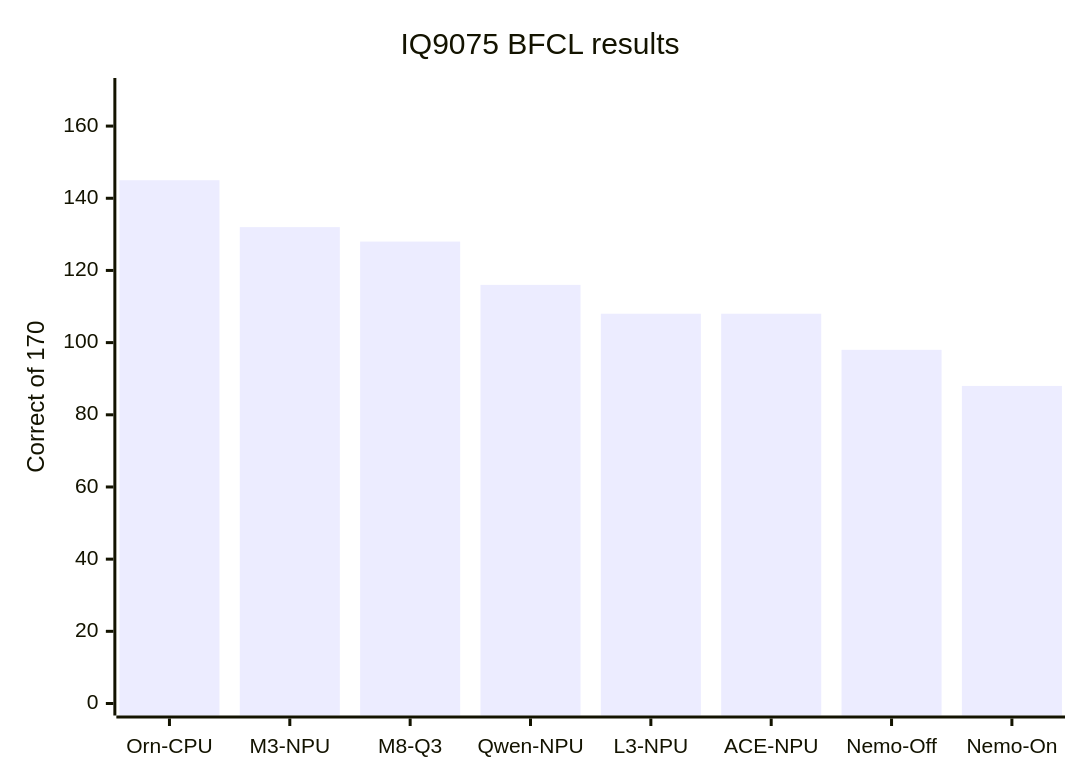
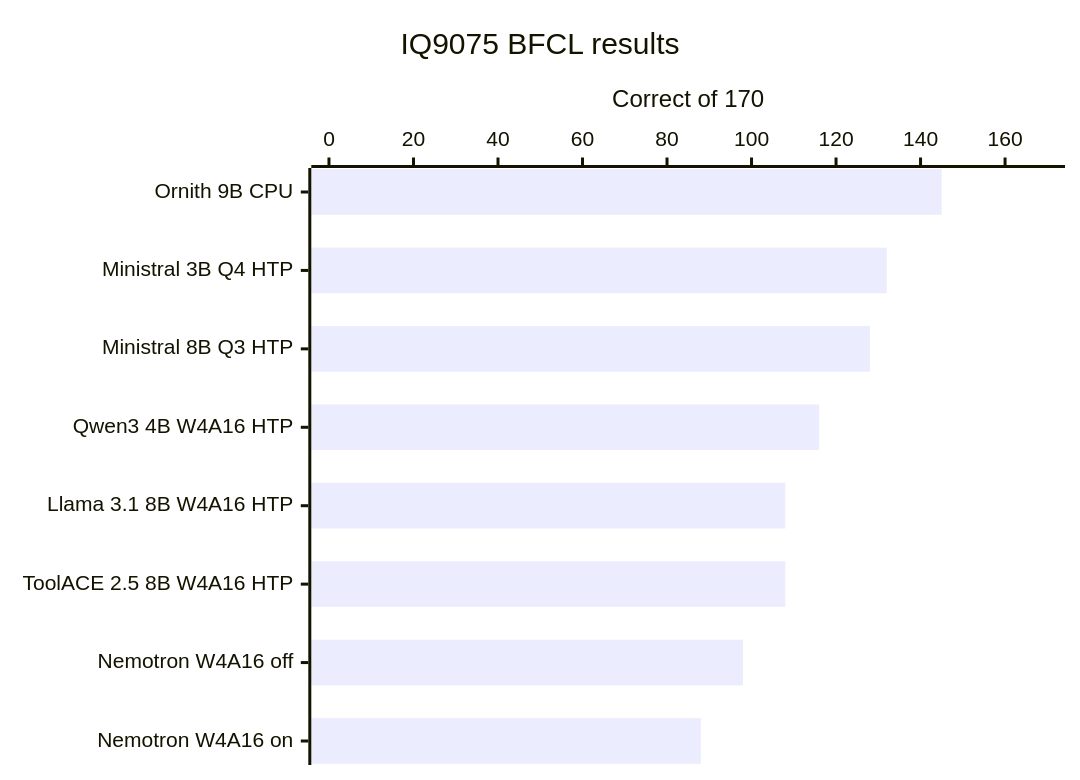
The fourth of 4 diagrams in tutorial_agentic_models_iq9075.md (eivholt/qai-nemotron), drawn with Mermaid before and after one commit. The commit also changed other lines of this file, not shown here.

Commit message:
Improve tutorial links and BFCL charts

````diff
--- a/tutorial_agentic_models_iq9075.md
+++ b/tutorial_agentic_models_iq9075.md
@@ -137,7 +139,7 @@
 ```mermaid
-xychart-beta
+xychart horizontal
     title "IQ9075 BFCL results"
-    x-axis ["Orn-CPU", "M3-NPU", "M8-Q3", "Qwen-NPU", "L3-NPU", "ACE-NPU", "Nemo-Off", "Nemo-On"]
+    x-axis ["Ornith 9B CPU", "Ministral 3B Q4 HTP", "Ministral 8B Q3 HTP", "Qwen3 4B W4A16 HTP", "Llama 3.1 8B W4A16 HTP", "ToolACE 2.5 8B W4A16 HTP", "Nemotron W4A16 off", "Nemotron W4A16 on"]
     y-axis "Correct of 170" 0 --> 170
     bar [145, 132, 128, 116, 108, 108, 98, 88]
 ```
````
